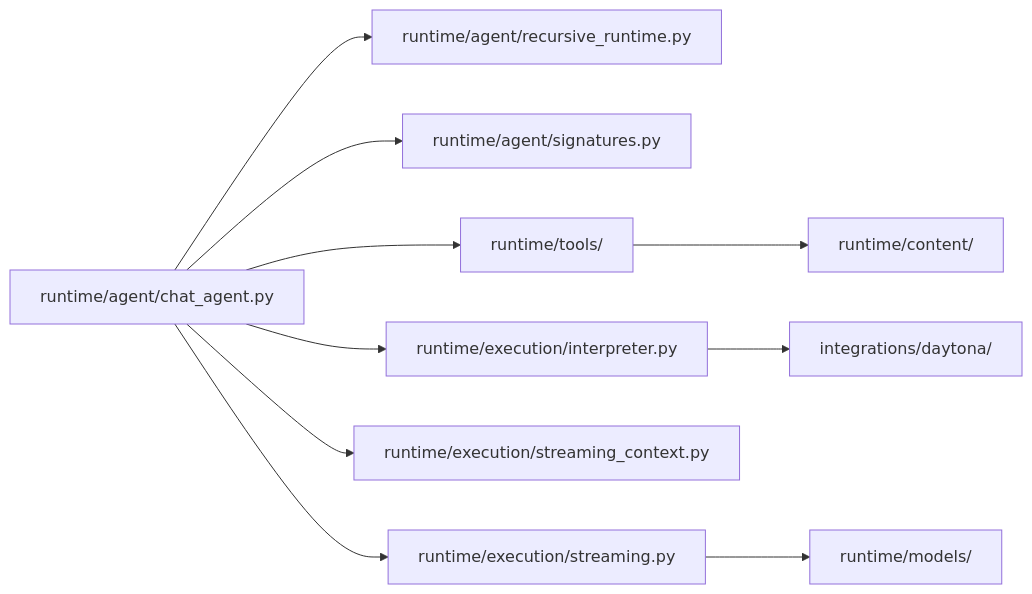
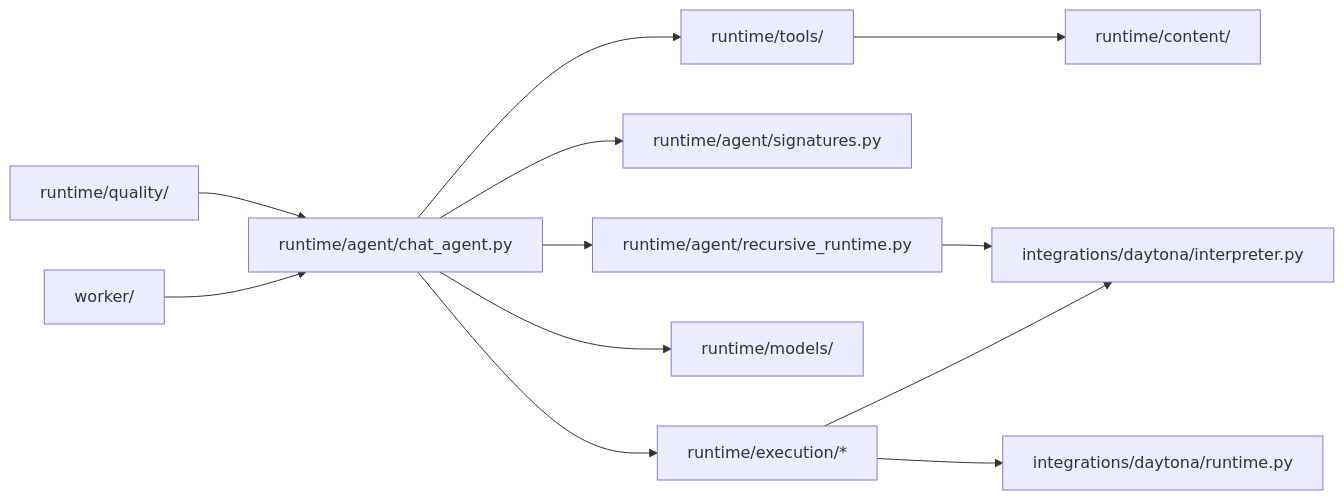
One commit to Qredence/fleet-rlm changed the second of 3 diagrams in docs/reference/module-map.md. Above: the diagram before and after it, drawn with Mermaid. The commit also changed other lines of this file and 9 other files, not shown here.

First line of the commit message:
Refresh architecture docs and maps

````diff
--- a/docs/reference/module-map.md
+++ b/docs/reference/module-map.md
@@ -41,23 +52,26 @@
 ```mermaid
 graph LR
     CHAT["runtime/agent/chat_agent.py"]
     RLM["runtime/agent/recursive_runtime.py"]
     SIG["runtime/agent/signatures.py"]
-    EXEC["runtime/execution/interpreter.py"]
-    STREAM["runtime/execution/streaming.py"]
-    STREAM_CTX["runtime/execution/streaming_context.py"]
     TOOLS["runtime/tools/"]
     CONTENT["runtime/content/"]
     MODELS["runtime/models/"]
-    PROVIDERS["integrations/daytona/"]
+    WORKER["worker/"]
+    EXEC["runtime/execution/*"]
+    DAYTONA_INTERPRETER["integrations/daytona/interpreter.py"]
+    DAYTONA_RUNTIME["integrations/daytona/runtime.py"]
+    QUALITY["runtime/quality/"]
 
+    WORKER --> CHAT
     CHAT --> SIG
     CHAT --> TOOLS
     CHAT --> EXEC
-    CHAT --> STREAM
-    CHAT --> STREAM_CTX
     CHAT --> RLM
+    CHAT --> MODELS
     TOOLS --> CONTENT
-    EXEC --> PROVIDERS
-    STREAM --> MODELS
+    EXEC --> DAYTONA_INTERPRETER
+    EXEC --> DAYTONA_RUNTIME
+    RLM --> DAYTONA_INTERPRETER
+    QUALITY --> CHAT
 ```
````
